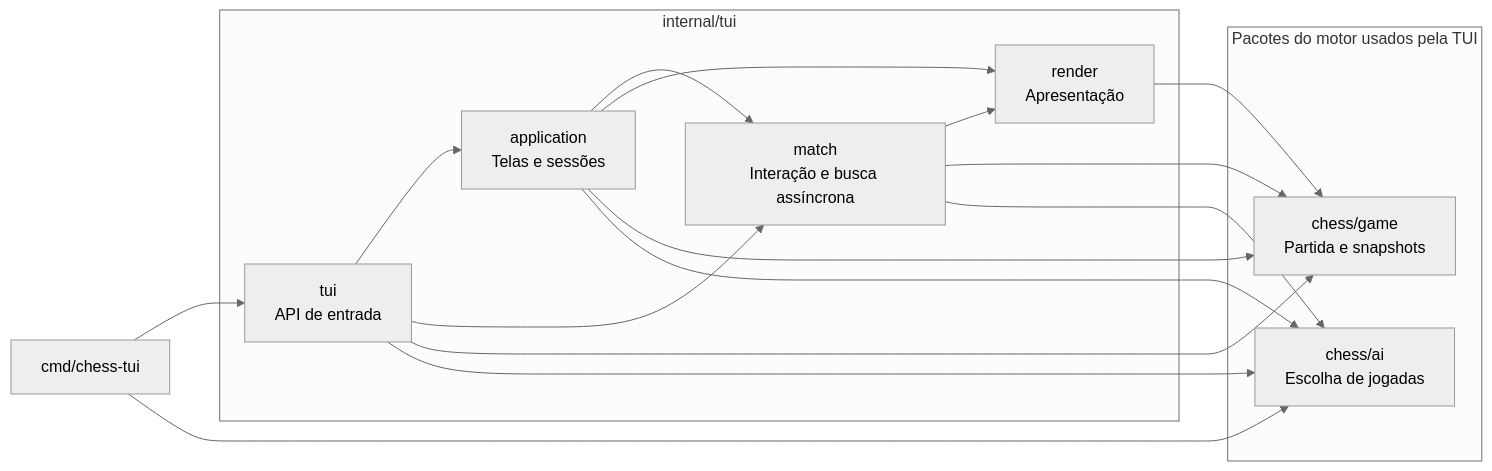
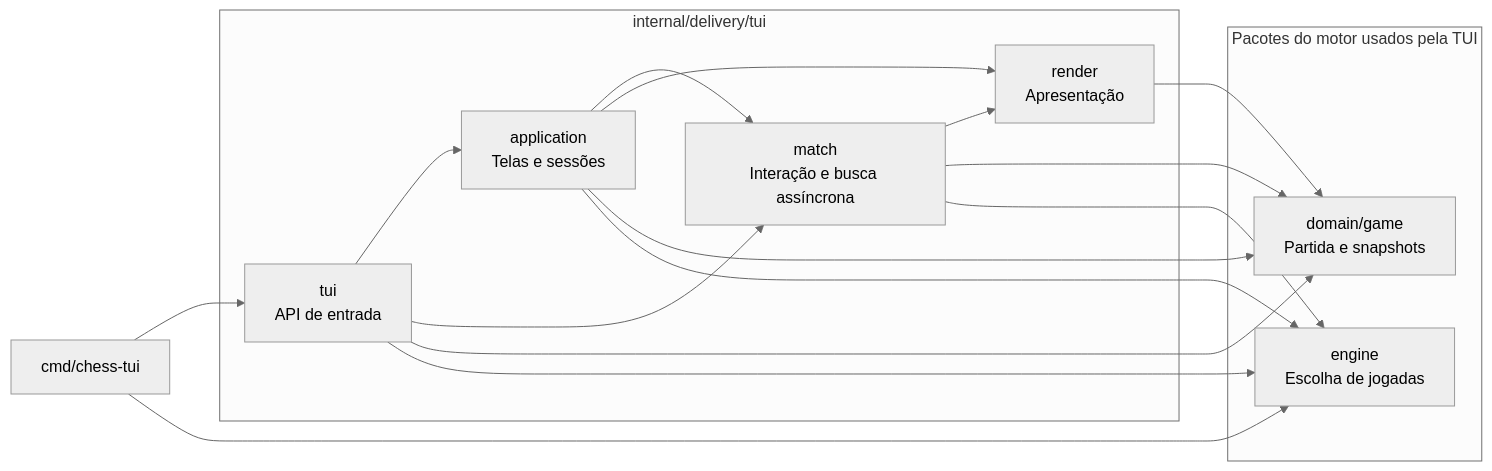
One commit to gabrzb/chess-go changed the first of 2 diagrams in README.md. Above: the diagram before and after it, drawn with Mermaid (neutral theme). The commit also changed other lines of this file and 194 other files, not shown here.

Commit message:
refactor: separate domain engine and delivery layers

````diff
--- a/README.md
+++ b/README.md
@@ -143,31 +145,31 @@
 ```mermaid
 flowchart LR
     cli["cmd/chess-tui"]
 
-    subgraph ui["internal/tui"]
+    subgraph ui["internal/delivery/tui"]
         entry["tui<br/>API de entrada"]
         application["application<br/>Telas e sessões"]
         match["match<br/>Interação e busca assíncrona"]
         render["render<br/>Apresentação"]
     end
 
     subgraph engine["Pacotes do motor usados pela TUI"]
-        game["chess/game<br/>Partida e snapshots"]
-        ai["chess/ai<br/>Escolha de jogadas"]
+        game["domain/game<br/>Partida e snapshots"]
+        ai["engine<br/>Escolha de jogadas"]
     end
 
     cli --> entry
     cli --> ai
     entry --> application
     entry --> match
     entry --> game
     entry --> ai
     application --> match
     application --> render
     application --> game
     application --> ai
     match --> render
     match --> game
     match --> ai
     render --> game
 ```
````
